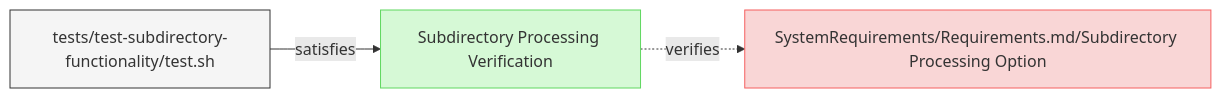
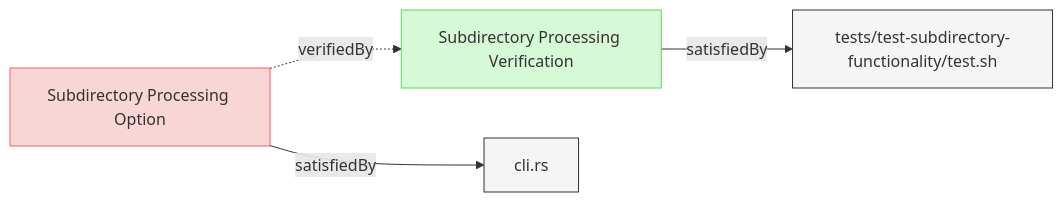
One commit to reqvire-org/reqvire changed the second of 2 diagrams in specifications/Verifications/ValidationTests.md. Above: the diagram before and after it, drawn with Mermaid. The commit also changed other lines of this file and 27 other files, not shown here.

Commit message:
Diagrams update.X

````diff
--- a/specifications/Verifications/ValidationTests.md
+++ b/specifications/Verifications/ValidationTests.md
@@ -251,20 +308,24 @@
 ```mermaid
 graph LR;
   %% Graph styling
   classDef requirement fill:#f9d6d6,stroke:#f55f5f,stroke-width:1px;
   classDef verification fill:#d6f9d6,stroke:#5fd75f,stroke-width:1px;
   classDef externalLink fill:#d0e0ff,stroke:#3080ff,stroke-width:1px;
   classDef default fill:#f5f5f5,stroke:#333333,stroke-width:1px;
 
   3c0a05c29bf52a57["Subdirectory Processing Verification"];
   class 3c0a05c29bf52a57 verification;
   click 3c0a05c29bf52a57 "ValidationTests.md#subdirectory-processing-verification";
-  7bdf935ec6d8effe["SystemRequirements/Requirements.md/Subdirectory Processing Option"];
-  class 7bdf935ec6d8effe requirement;
-  click 7bdf935ec6d8effe "../SystemRequirements/Requirements.md#subdirectory-processing-option";
-  3c0a05c29bf52a57 -.->|verifies| 7bdf935ec6d8effe;
   a565a00c1df16a79["tests/test-subdirectory-functionality/test.sh"];
   class a565a00c1df16a79 default;
   click a565a00c1df16a79 "../../tests/test-subdirectory-functionality/test.sh";
-  a565a00c1df16a79 -->|satisfies| 3c0a05c29bf52a57;
+  3c0a05c29bf52a57 -->|satisfiedBy| a565a00c1df16a79;
+  7bdf935ec6d8effe["Subdirectory Processing Option"];
+  class 7bdf935ec6d8effe requirement;
+  click 7bdf935ec6d8effe "../SystemRequirements/Requirements.md#subdirectory-processing-option";
+  80defdd4cbc7ee18["cli.rs"];
+  class 80defdd4cbc7ee18 default;
+  click 80defdd4cbc7ee18 "../../cli/src/cli.rs";
+  7bdf935ec6d8effe -->|satisfiedBy| 80defdd4cbc7ee18;
+  7bdf935ec6d8effe -.->|verifiedBy| 3c0a05c29bf52a57;
 ```
````
